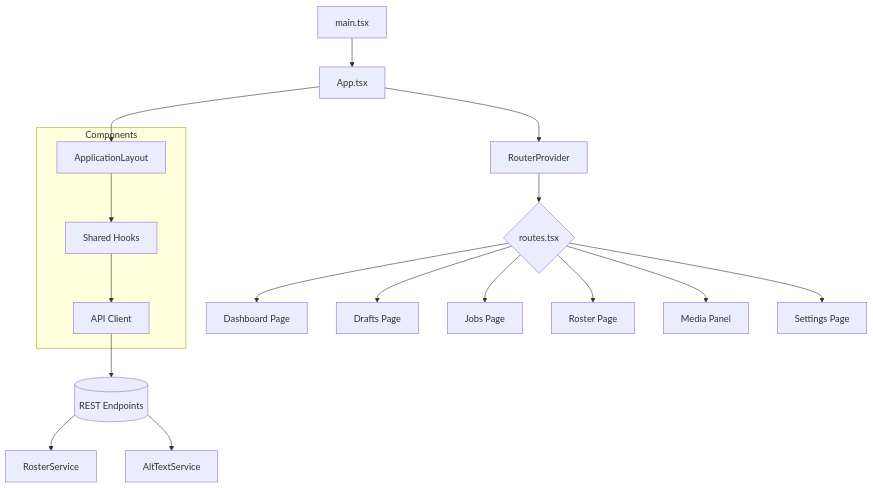
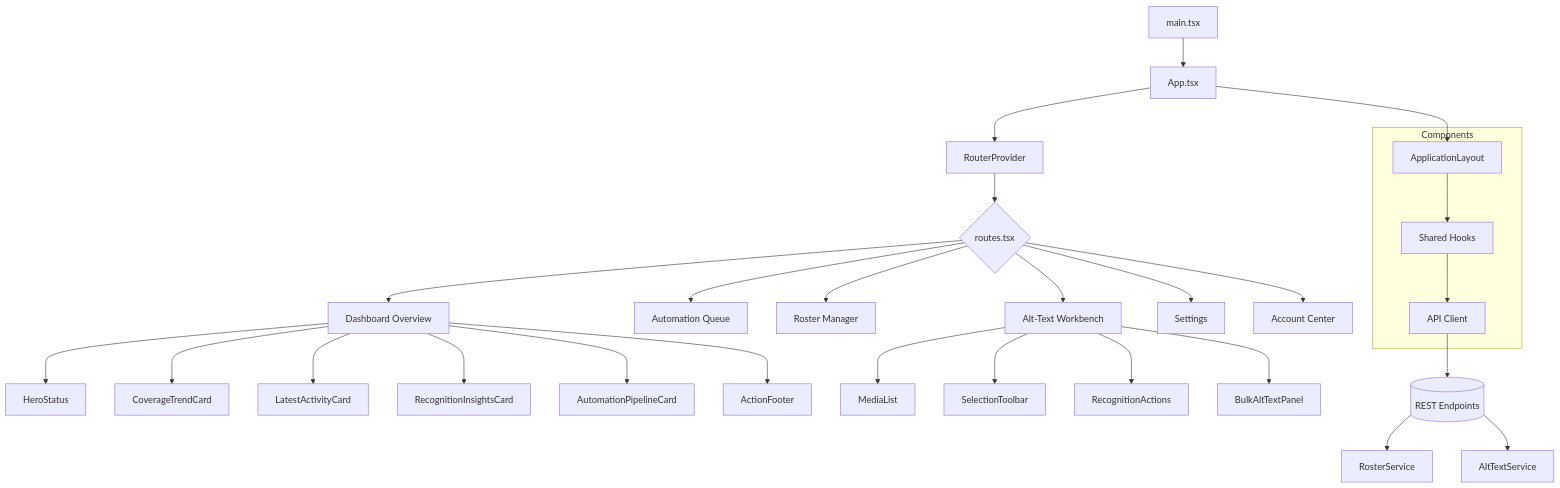
The diagram in docs/architecture/frontend-uml/admin-spa-modules.mmd (darce/context-alt-text-monorepo), drawn with Mermaid before and after one commit. The commit also changed 5 other files, not shown here.

Commit message:
docs: align roadmap and tasks with dashboard SPA migration

```diff
--- a/docs/architecture/frontend-uml/admin-spa-modules.mmd
+++ b/docs/architecture/frontend-uml/admin-spa-modules.mmd
@@ -1,21 +1,31 @@
 graph TD
     A[main.tsx] --> B[App.tsx]
     B --> C[RouterProvider]
     C --> R{routes.tsx}
-    R --> D[Dashboard Page]
-    R --> E[Drafts Page]
-    R --> F[Jobs Page]
-    R --> G[Roster Page]
-    R --> H[Media Panel]
-    R --> I[Settings Page]
+    R --> D[Dashboard Overview]
+    D --> D1[HeroStatus]
+    D --> D2[CoverageTrendCard]
+    D --> D3[LatestActivityCard]
+    D --> D4[RecognitionInsightsCard]
+    D --> D5[AutomationPipelineCard]
+    D --> D6[ActionFooter]
+    R --> E[Automation Queue]
+    R --> F[Roster Manager]
+    R --> G[Alt-Text Workbench]
+    G --> G1[MediaList]
+    G --> G2[SelectionToolbar]
+    G --> G3[RecognitionActions]
+    G --> G4[BulkAltTextPanel]
+    R --> H[Settings]
+    R --> I[Account Center]
     subgraph Components
         J[ApplicationLayout]
         K[Shared Hooks]
         L[API Client]
     end
     B --> J
     J --> K
     K --> L
     L --> API[(REST Endpoints)]
     API --> RosterService
     API --> AltTextService
```
